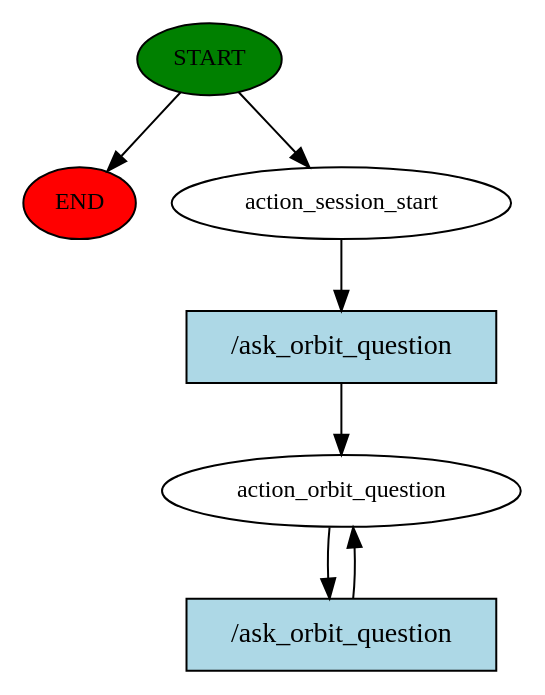
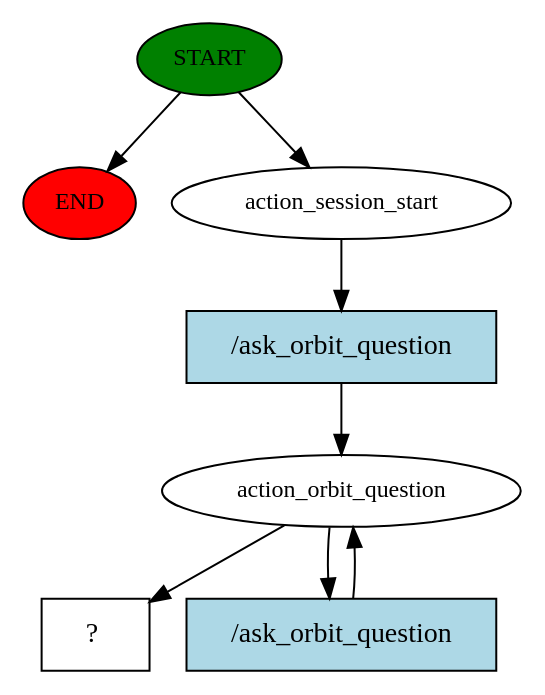
Before and after one commit to Dashavod/devtorium_bot: the diagram in story_graph.dot, drawn with Graphviz. The commit also changed 5 other files, not shown here.

Commit message:
fix orbit question

```diff
--- a/story_graph.dot
+++ b/story_graph.dot
@@ -1,14 +1,16 @@
 digraph  {
 0 [class="start active", fillcolor=green, fontsize=12, label=START, style=filled];
 "-1" [class=end, fillcolor=red, fontsize=12, label=END, style=filled];
 1 [class=active, fontsize=12, label=action_session_start];
-2 [class="active dashed", fontsize=12, label=action_orbit_question];
-5 [class="intent active", fillcolor=lightblue, label="/ask_orbit_question", shape=rect, style=filled];
+2 [class=active, fontsize=12, label=action_orbit_question];
+5 [class="intent dashed active", label="  ?  ", shape=rect];
 6 [class="intent active", fillcolor=lightblue, label="/ask_orbit_question", shape=rect, style=filled];
+7 [class="intent active", fillcolor=lightblue, label="/ask_orbit_question", shape=rect, style=filled];
 0 -> "-1"  [class="", key=NONE, label=""];
 0 -> 1  [class=active, key=NONE, label=""];
-1 -> 5  [class=active, key=0];
-2 -> 6  [class=active, key=0];
-5 -> 2  [class=active, key=0];
+1 -> 6  [class=active, key=0];
+2 -> 5  [class=active, key=NONE, label=""];
+2 -> 7  [class=active, key=0];
 6 -> 2  [class=active, key=0];
+7 -> 2  [class=active, key=0];
 }
```
